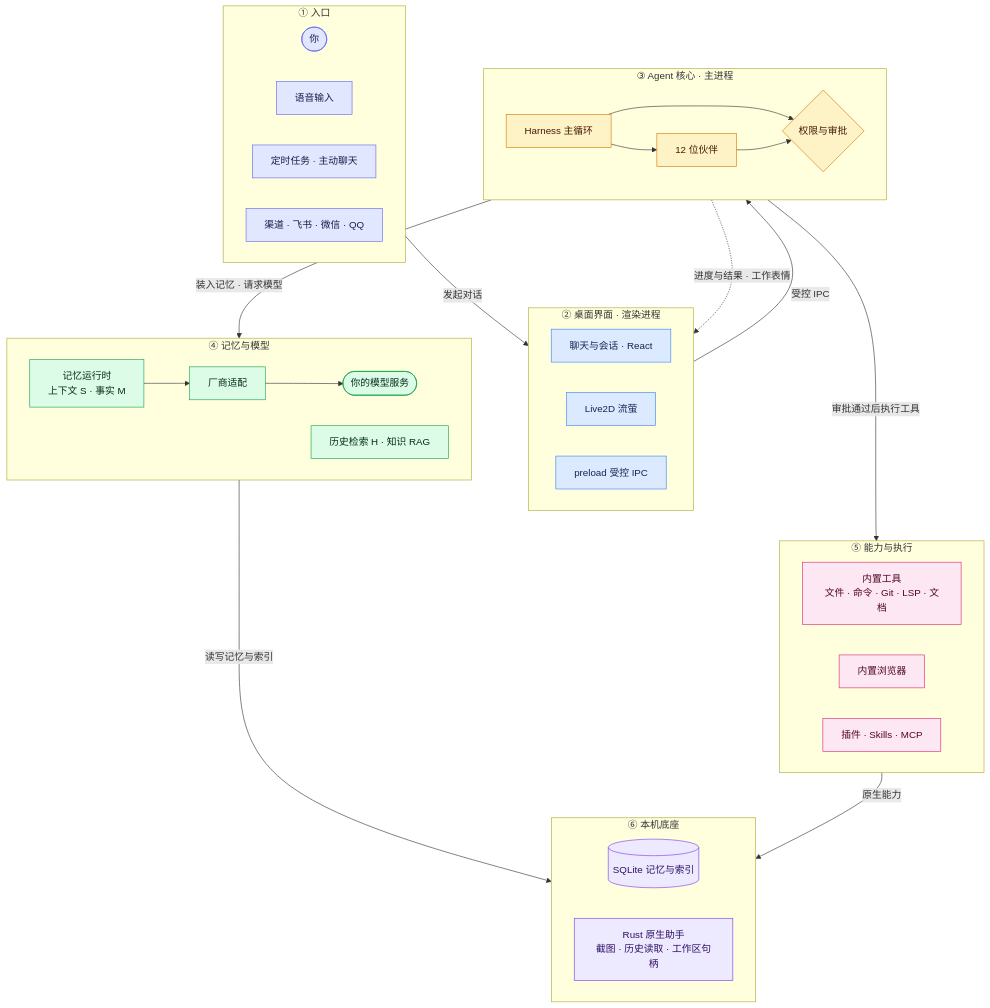
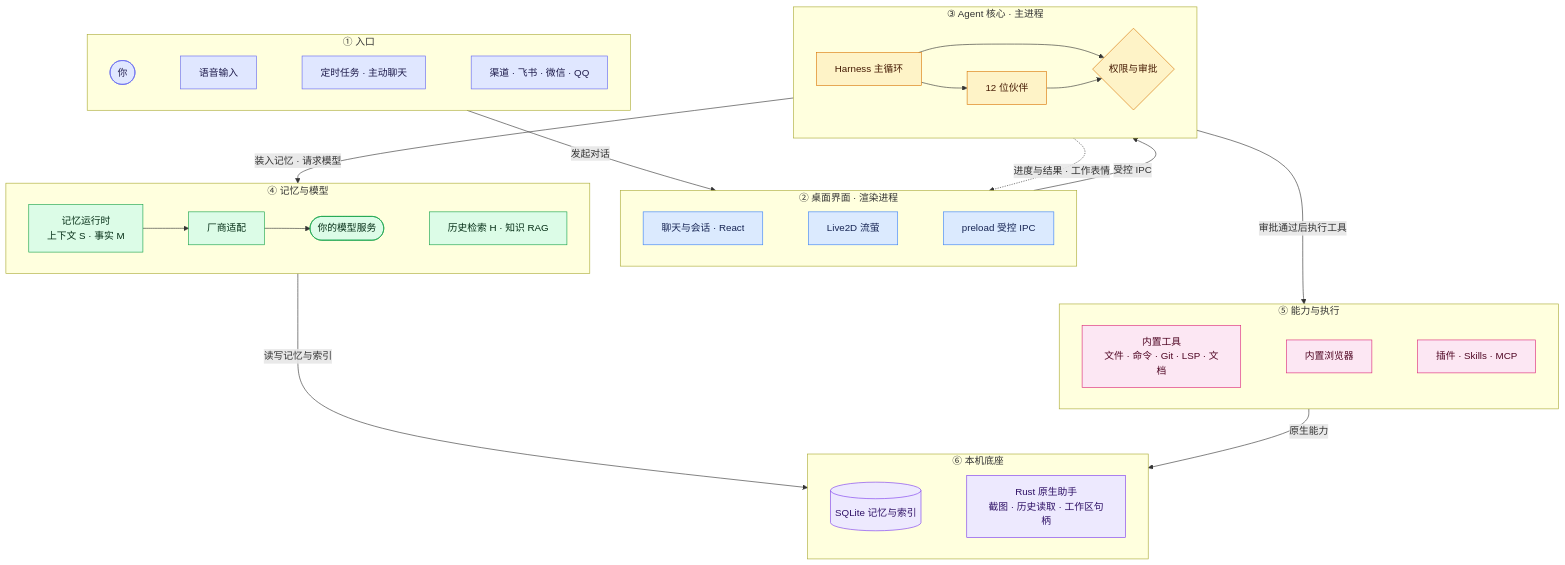
Before and after one commit to Firefly-0423/Firefly-Agent: the diagram in README.md, drawn with Mermaid. The commit also changed 1 other file, not shown here.

Commit message:
README: keep each architecture layer on one row
GitHub's Mermaid stacks unconnected nodes vertically even with
direction LR, so each layer now chains its nodes with invisible links.

````diff
--- a/README.md
+++ b/README.md
@@ -138,66 +138,70 @@
 ```mermaid
 flowchart TB
   subgraph L1["① 入口"]
     direction LR
     user(["你"])
     voice["语音输入"]
     timers["定时任务 · 主动聊天"]
     channels["渠道 · 飞书 · 微信 · QQ"]
+    user ~~~ voice ~~~ timers ~~~ channels
   end
   subgraph L2["② 桌面界面 · 渲染进程"]
     direction LR
     ui["聊天与会话 · React"]
     live2d["Live2D 流萤"]
     ipc["preload 受控 IPC"]
+    ui ~~~ live2d ~~~ ipc
   end
   subgraph L3["③ Agent 核心 · 主进程"]
     direction LR
     harness["Harness 主循环"]
     partners["12 位伙伴"]
     perm{"权限与审批"}
     harness --> partners
     harness --> perm
     partners --> perm
   end
   subgraph L4["④ 记忆与模型"]
     direction LR
     context["记忆运行时<br/>上下文 S · 事实 M"]
     vendors["厂商适配"]
     models(["你的模型服务"])
     recall["历史检索 H · 知识 RAG"]
-    context --> vendors --> models
+    context --> vendors --> models ~~~ recall
   end
   subgraph L5["⑤ 能力与执行"]
     direction LR
     tools["内置工具<br/>文件 · 命令 · Git · LSP · 文档"]
     browser["内置浏览器"]
     extensions["插件 · Skills · MCP"]
+    tools ~~~ browser ~~~ extensions
   end
   subgraph L6["⑥ 本机底座"]
     direction LR
     store[("SQLite 记忆与索引")]
     native["Rust 原生助手<br/>截图 · 历史读取 · 工作区句柄"]
+    store ~~~ native
   end
 
   L1 -- "发起对话" --> L2
   L2 -- "受控 IPC" --> L3
   L3 -- "装入记忆 · 请求模型" --> L4
   L3 -- "审批通过后执行工具" --> L5
   L4 ~~~ L5
   L4 -- "读写记忆与索引" --> L6
   L5 -- "原生能力" --> L6
   L3 -. "进度与结果 · 工作表情" .-> L2
 
   classDef entry fill:#e0e7ff,stroke:#6366f1,color:#1e1b4b
   classDef face fill:#dbeafe,stroke:#3b82f6,color:#172554
   classDef core fill:#fef3c7,stroke:#d97706,color:#451a03
   classDef mind fill:#dcfce7,stroke:#16a34a,color:#052e16
   classDef act fill:#fce7f3,stroke:#db2777,color:#500724
   classDef base fill:#ede9fe,stroke:#7c3aed,color:#2e1065
   class user,voice,timers,channels entry
   class ui,live2d,ipc face
   class harness,partners,perm core
   class context,recall,vendors,models mind
   class tools,browser,extensions act
   class store,native base
 ```
````
